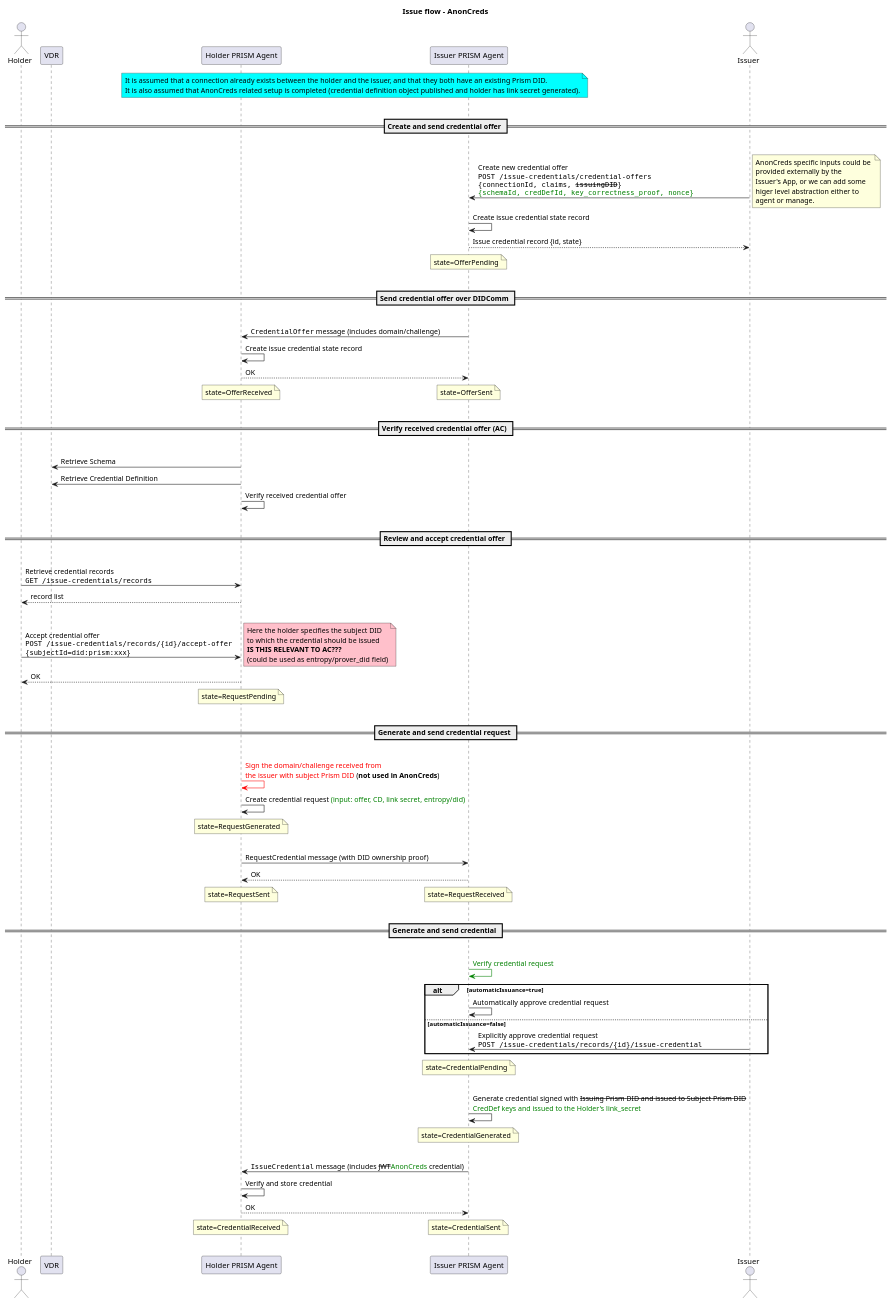
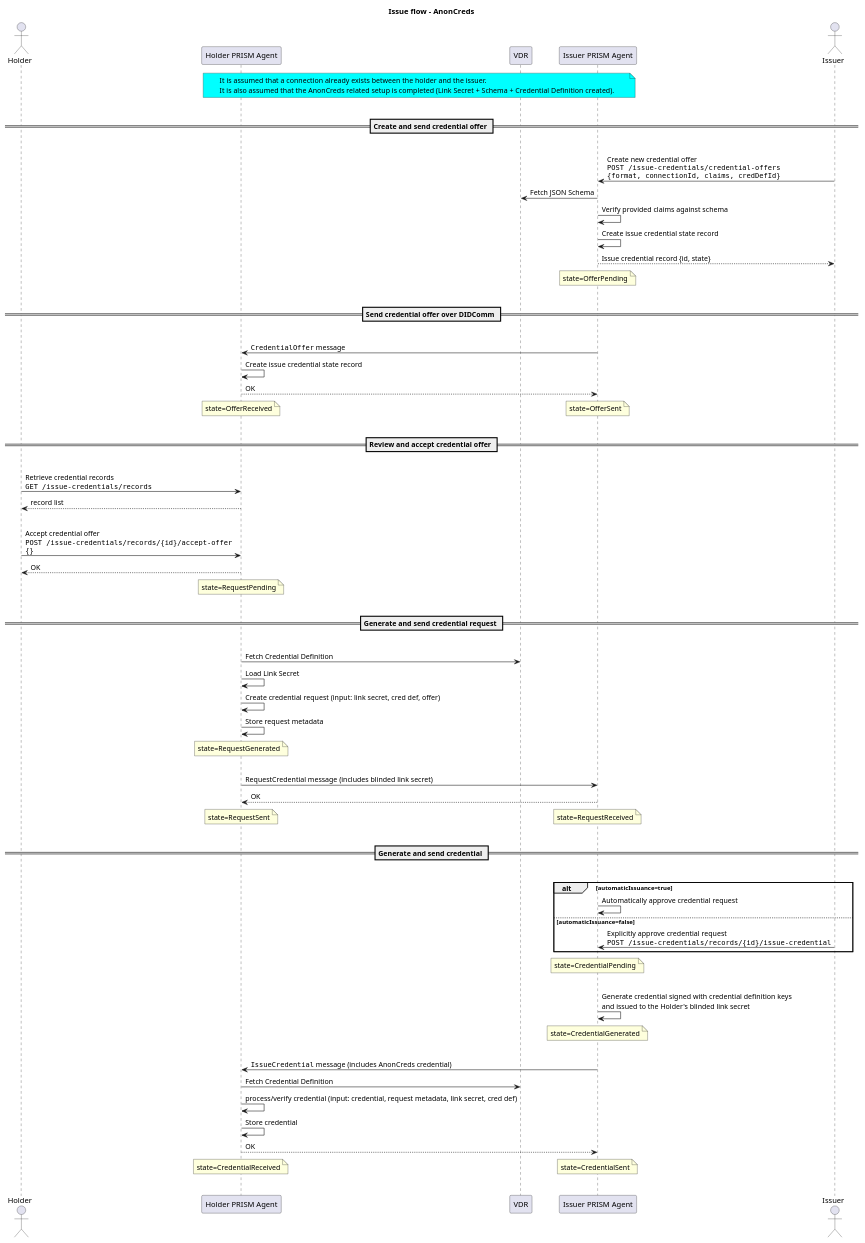
One commit to hyperledger/identus-cloud-agent changed the diagram in docs/docusaurus/credentials/anoncreds-issue-flow.puml. Above: the diagram before and after it, drawn with PlantUML. The commit also changed 4 other files, not shown here.

Commit message:
docs: add AnonCreds samples to the issue tutorial + sequence diagram

```diff
--- a/docs/docusaurus/credentials/anoncreds-issue-flow.puml
+++ b/docs/docusaurus/credentials/anoncreds-issue-flow.puml
@@ -1,82 +1,78 @@
 @startuml
 title Issue flow - AnonCreds
 
 actor Holder as holder
+participant "Holder PRISM Agent" as holderAgent
 participant VDR
-participant "Holder PRISM Agent" as holderAgent
 participant "Issuer PRISM Agent" as issuerAgent
 actor Issuer as issuer
 
 note over holderAgent, issuerAgent #aqua
-    It is assumed that a connection already exists between the holder and the issuer, and that they both have an existing Prism DID.
-    It is also assumed that AnonCreds related setup is completed (credential definition object published and holder has link secret generated).
+    It is assumed that a connection already exists between the holder and the issuer.
+    It is also assumed that the AnonCreds related setup is completed (Link Secret + Schema + Credential Definition created).
 end note
 |||
 == Create and send credential offer ==
 |||
-issuer -> issuerAgent: Create new credential offer\n""POST /issue-credentials/credential-offers""\n""{connectionId, claims, <s:red>issuingDID</s>}""\n<color:green>""{schemaId, credDefId, key_correctness_proof, nonce}""</color>
-note right: AnonCreds specific inputs could be \nprovided externally by the \nIssuer's App, or we can add some \nhiger level abstraction either to \nagent or manage.
+issuer -> issuerAgent: Create new credential offer\n""POST /issue-credentials/credential-offers""\n""{format, connectionId, claims, credDefId}""
+issuerAgent -> VDR: Fetch JSON Schema
+issuerAgent -> issuerAgent: Verify provided claims against schema
 issuerAgent -> issuerAgent: Create issue credential state record
 issuerAgent --> issuer: Issue credential record {id, state}
 note over issuerAgent: state=OfferPending
 |||
 
 == Send credential offer over DIDComm ==
 |||
-issuerAgent -> holderAgent: ""CredentialOffer"" message (includes domain/challenge)
+issuerAgent -> holderAgent: ""CredentialOffer"" message
 holderAgent -> holderAgent: Create issue credential state record
 holderAgent --> issuerAgent: OK
 note over holderAgent: state=OfferReceived
 / note over issuerAgent: state=OfferSent
-|||
-
-== Verify received credential offer (AC) ==
-|||
-holderAgent -> VDR: Retrieve Schema
-holderAgent -> VDR: Retrieve Credential Definition
-holderAgent -> holderAgent: Verify received credential offer
 |||
 
 == Review and accept credential offer ==
 |||
 holder -> holderAgent: Retrieve credential records\n""GET /issue-credentials/records""
 holderAgent --> holder: record list
 |||
-holder -> holderAgent: Accept credential offer\n""POST /issue-credentials/records/{id}/accept-offer""\n""{subjectId=did:prism:xxx}""
-note right #pink: Here the holder specifies the subject DID\nto which the credential should be issued \n**IS THIS RELEVANT TO AC???**\n(could be used as entropy/prover_did field)
+holder -> holderAgent: Accept credential offer\n""POST /issue-credentials/records/{id}/accept-offer""\n""{}""
 holderAgent --> holder: OK
 note over holderAgent: state=RequestPending
 |||
 
 == Generate and send credential request ==
 |||
-holderAgent -[#red]> holderAgent: <color:red>Sign the domain/challenge received from</color>\n<color:red>the issuer with subject Prism DID</color> (**not used in AnonCreds**)
-holderAgent -> holderAgent: Create credential request <color:green>(input: offer, CD, link secret, entropy/did)</color>
+holderAgent -> VDR: Fetch Credential Definition
+holderAgent -> holderAgent: Load Link Secret
+holderAgent -> holderAgent: Create credential request (input: link secret, cred def, offer)
+holderAgent -> holderAgent: Store request metadata
 note over holderAgent: state=RequestGenerated
 |||
-holderAgent -> issuerAgent: RequestCredential message (with DID ownership proof)
+holderAgent -> issuerAgent: RequestCredential message (includes blinded link secret)
 issuerAgent --> holderAgent: OK
 note over holderAgent: state=RequestSent
 / note over issuerAgent: state=RequestReceived
 |||
 
 == Generate and send credential ==
 |||
-issuerAgent -[#green]>issuerAgent: <color:green>Verify credential request</color>
 alt automaticIssuance=true
 issuerAgent -> issuerAgent: Automatically approve credential request
 else automaticIssuance=false
 issuer -> issuerAgent: Explicitly approve credential request\n""POST /issue-credentials/records/{id}/issue-credential""
 end
 note over issuerAgent: state=CredentialPending
 |||
-issuerAgent -> issuerAgent: Generate credential signed with <s:red>Issuing Prism DID and issued to Subject Prism DID</s>\n<color:green>CredDef keys and issued to the Holder's link_secret</color>
+issuerAgent -> issuerAgent: Generate credential signed with credential definition keys\nand issued to the Holder's blinded link secret
 note over issuerAgent: state=CredentialGenerated
 |||
-issuerAgent -> holderAgent: ""IssueCredential"" message (includes <s:red>JWT</s><color:green>AnonCreds</color> credential)
-holderAgent -> holderAgent: Verify and store credential
+issuerAgent -> holderAgent: ""IssueCredential"" message (includes AnonCreds credential)
+holderAgent -> VDR: Fetch Credential Definition
+holderAgent -> holderAgent: process/verify credential (input: credential, request metadata, link secret, cred def)
+holderAgent -> holderAgent: Store credential
 holderAgent --> issuerAgent: OK
 note over issuerAgent: state=CredentialSent
 / note over holderAgent: state=CredentialReceived
 |||
 @enduml
```
